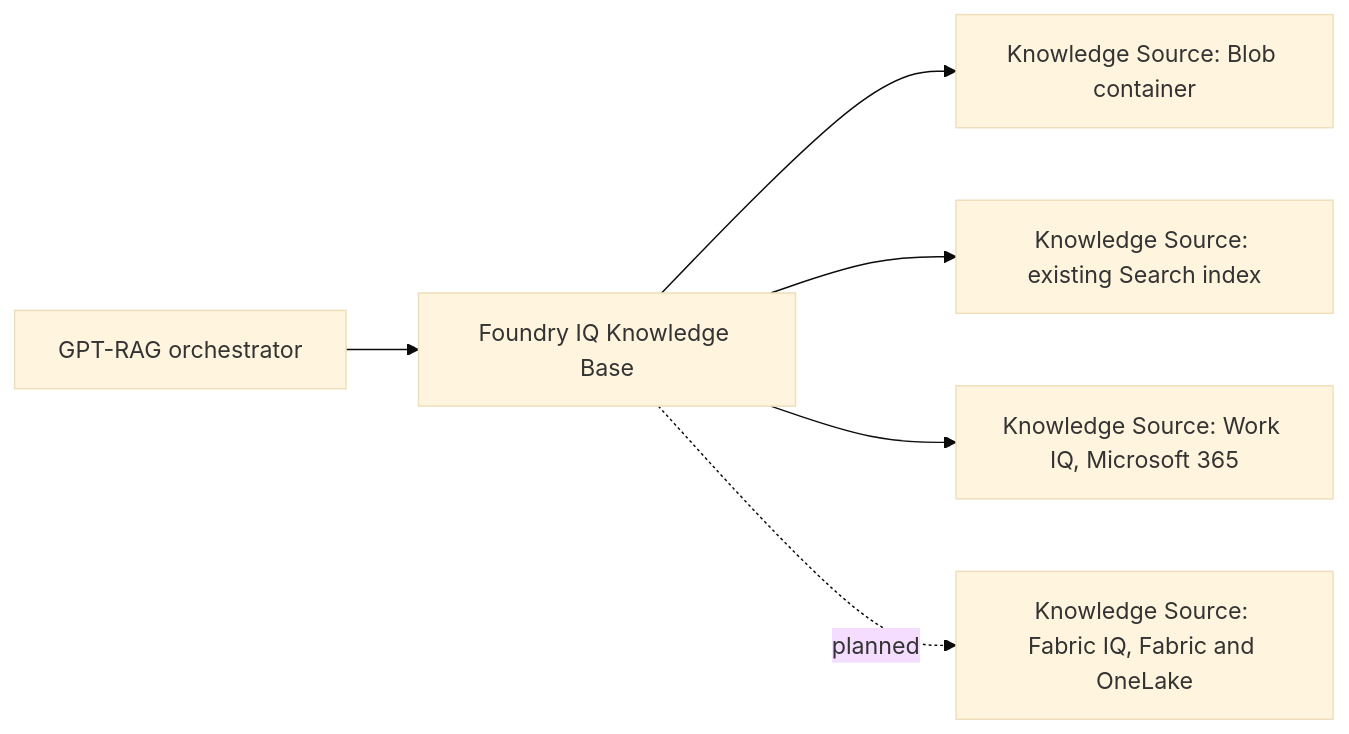
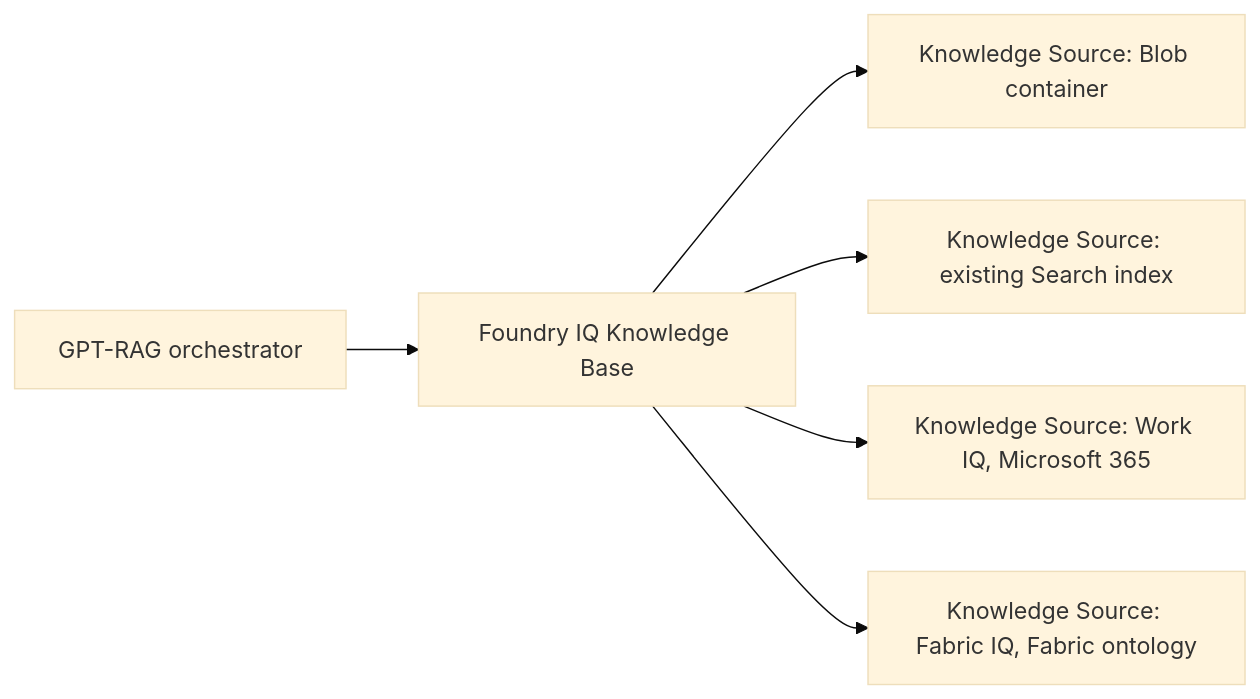
Before and after one commit to Azure/GPT-RAG: the diagram in docs/howto_grounding_overview.md, drawn with Mermaid (base theme). The commit also changed other lines of this file and 3 other files, not shown here.

First line of the commit message:
docs: rewrite Fabric IQ page to reflect shipped fabricOntology KS

````diff
--- a/docs/howto_grounding_overview.md
+++ b/docs/howto_grounding_overview.md
@@ -41,8 +41,8 @@
 ```mermaid
 flowchart LR
   O[GPT-RAG orchestrator] --> KB[Foundry IQ Knowledge Base]
   KB --> KS1[Knowledge Source: Blob container]
   KB --> KS2[Knowledge Source: existing Search index]
   KB --> KS3[Knowledge Source: Work IQ, Microsoft 365]
-  KB -.planned.-> KS4[Knowledge Source: Fabric IQ, Fabric and OneLake]
+  KB --> KS4[Knowledge Source: Fabric IQ, Fabric ontology]
 ```
````
